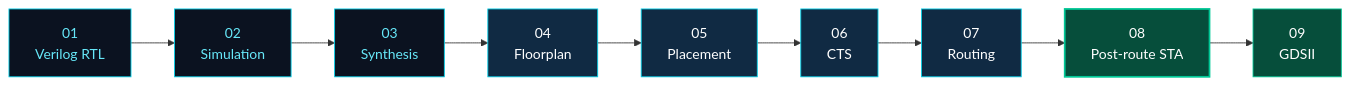
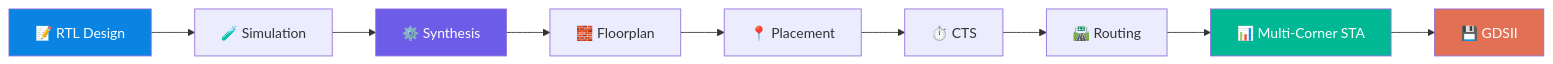
One commit to Sushmitha761/VSD_RTL-Design-Workshop1 changed the second of 2 diagrams in Four-Slot-Smart-Parking-ASIC/README.md. Above: the diagram before and after it, drawn with Mermaid. The commit also changed other lines of this file, not shown here.

````diff
--- a/Four-Slot-Smart-Parking-ASIC/README.md
+++ b/Four-Slot-Smart-Parking-ASIC/README.md
@@ -81,21 +104,15 @@
 ```mermaid
 flowchart LR
-    A["01<br/>Verilog RTL"] --> B["02<br/>Simulation"]
-    B --> C["03<br/>Synthesis"]
-    C --> D["04<br/>Floorplan"]
-    D --> E["05<br/>Placement"]
-    E --> F["06<br/>CTS"]
-    F --> G["07<br/>Routing"]
-    G --> H["08<br/>Post-route STA"]
-    H --> I["09<br/>GDSII"]
-
-    style A fill:#0B1220,color:#67E8F9,stroke:#00CFE8
-    style B fill:#0B1220,color:#67E8F9,stroke:#00CFE8
-    style C fill:#0B1220,color:#67E8F9,stroke:#00CFE8
-    style D fill:#102A43,color:#FFFFFF,stroke:#00CFE8
-    style E fill:#102A43,color:#FFFFFF,stroke:#00CFE8
-    style F fill:#102A43,color:#FFFFFF,stroke:#00CFE8
-    style G fill:#102A43,color:#FFFFFF,stroke:#00CFE8
-    style H fill:#064E3B,color:#FFFFFF,stroke:#00C896,stroke-width:2px
-    style I fill:#064E3B,color:#FFFFFF,stroke:#00C896
+    A["📝 RTL Design"] --> B["🧪 Simulation"]
+    B --> C["⚙️ Synthesis"]
+    C --> D["🧱 Floorplan"]
+    D --> E["📍 Placement"]
+    E --> F["⏱️ CTS"]
+    F --> G["🛣️ Routing"]
+    G --> H["📊 Multi-Corner STA"]
+    H --> I["💾 GDSII"]
+    style A fill:#0984E3,color:#FFFFFF
+    style C fill:#6C5CE7,color:#FFFFFF
+    style H fill:#00B894,color:#FFFFFF
+    style I fill:#E17055,color:#FFFFFF
 ```
````
